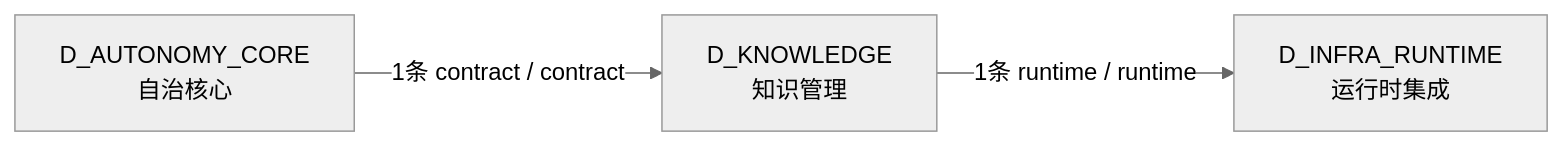
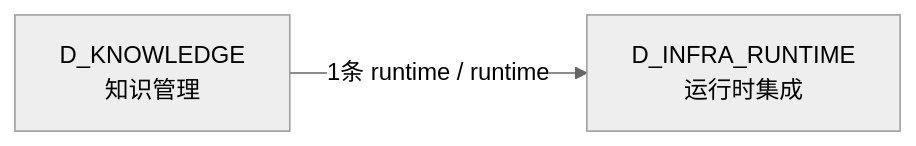
One commit to xuanFelixVan/ZephyrAlpha changed the fourth of 4 diagrams in docs/02_enterprise_architecture/02_domain_architecture_docs/48_d_knowledge.md. Above: the diagram before and after it, drawn with Mermaid (neutral theme). The commit also changed other lines of this file and 103 other files, not shown here.

````diff
--- a/docs/02_enterprise_architecture/02_domain_architecture_docs/48_d_knowledge.md
+++ b/docs/02_enterprise_architecture/02_domain_architecture_docs/48_d_knowledge.md
@@ -156,8 +148,6 @@
 ```mermaid
 graph LR
     D_KNOWLEDGE["D_KNOWLEDGE<br/>知识管理"]
     D_INFRA_RUNTIME["D_INFRA_RUNTIME<br/>运行时集成"]
-    D_AUTONOMY_CORE["D_AUTONOMY_CORE<br/>自治核心"]
     D_KNOWLEDGE -->|1条 runtime / runtime| D_INFRA_RUNTIME
-    D_AUTONOMY_CORE -->|1条 contract / contract| D_KNOWLEDGE
 ```
````
